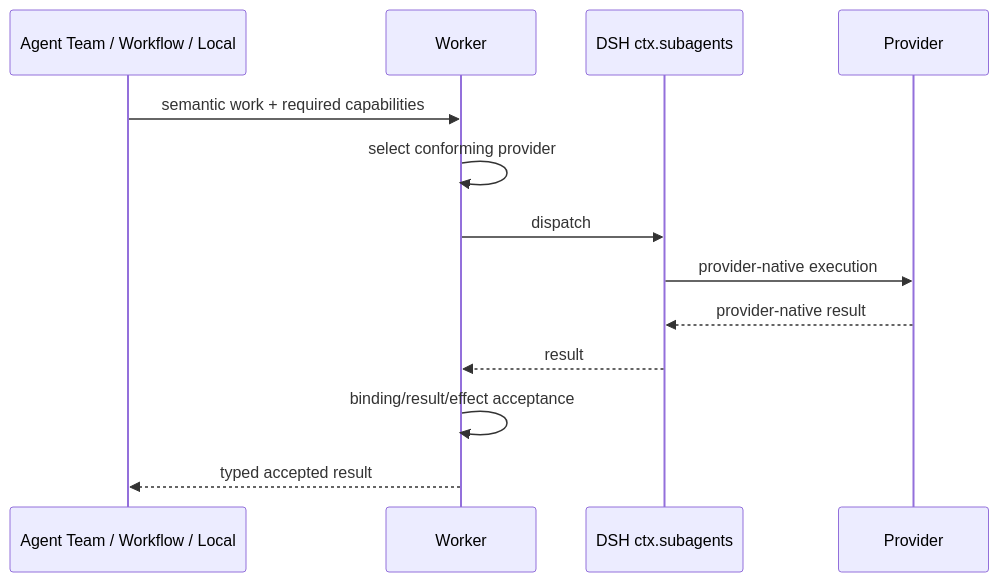
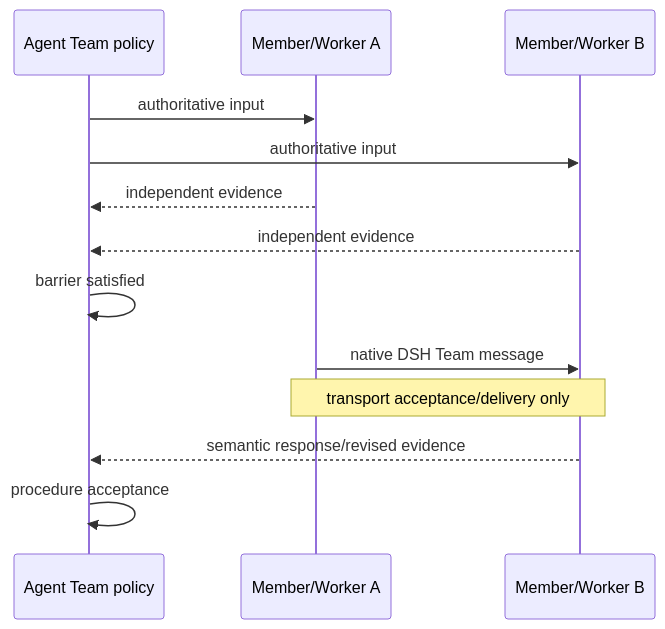
Before and after one commit to tsuuanmi/AgentOS: the fourth of 6 diagrams in docs/architecture/interaction-model.md, drawn with Mermaid. The commit also changed other lines of this file and 41 other files, not shown here.

First line of the commit message:
docs: consolidate Worker-first MVP architecture

```diff
--- a/docs/architecture/interaction-model.md
+++ b/docs/architecture/interaction-model.md
@@ -49,16 +75,20 @@
 ~~~mermaid
 sequenceDiagram
-    participant C as Agent Team / Workflow / Local
-    participant W as Worker
-    participant S as DSH ctx.subagents
-    participant P as Provider
+    participant T as Agent Team policy
+    participant A as Member/Worker A
+    participant B as Member/Worker B
 
-    C->>W: semantic work + required capabilities
-    W->>W: select conforming provider
-    W->>S: dispatch
-    S->>P: provider-native execution
-    P-->>S: provider-native result
-    S-->>W: result
-    W->>W: binding/result/effect acceptance
-    W-->>C: typed accepted result
+    T->>A: authoritative input
+    T->>B: authoritative input
+
+    A-->>T: independent evidence
+    B-->>T: independent evidence
+
+    T->>T: barrier satisfied
+
+    A->>B: native DSH Team message
+    Note over A,B: transport acceptance/delivery only
+
+    B-->>T: semantic response/revised evidence
+    T->>T: procedure acceptance
 ~~~
```
